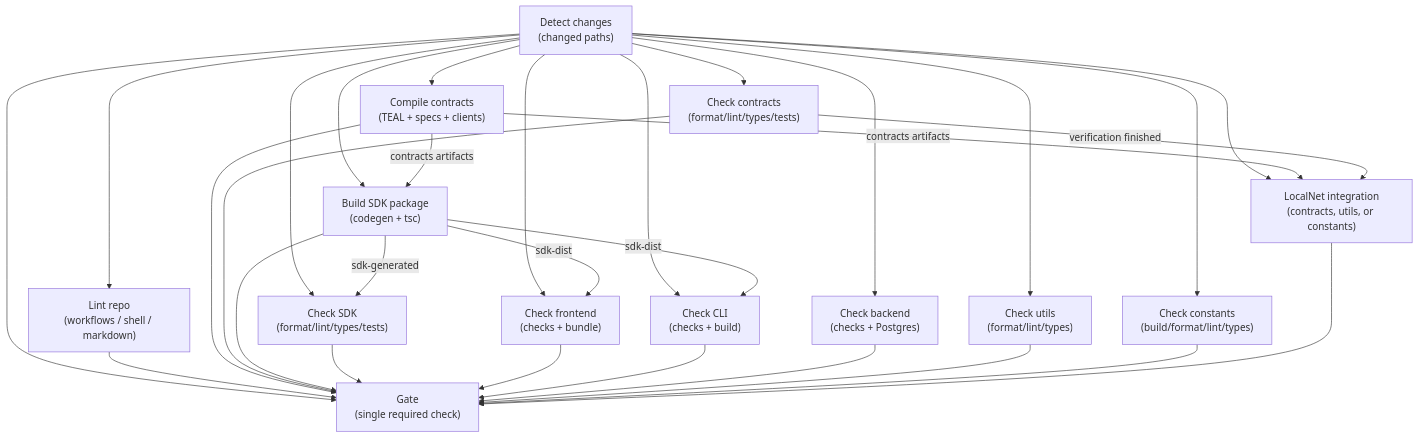
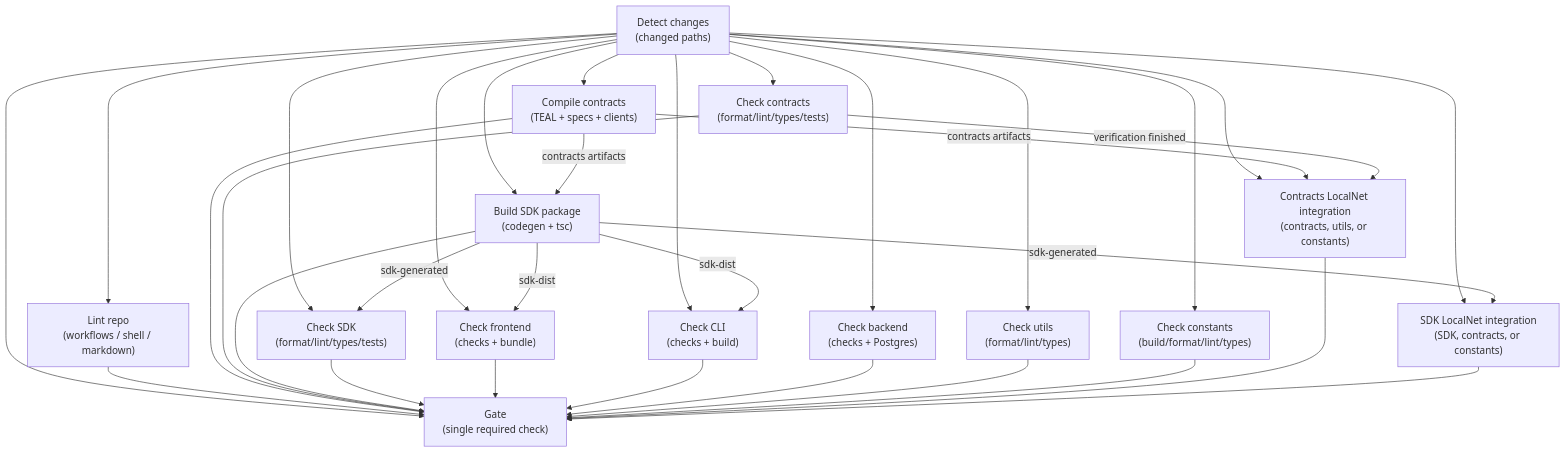
One commit to kasakame/kasakame changed the diagram in docs/ci.md. Above: the diagram before and after it, drawn with Mermaid. The commit also changed other lines of this file and 2 other files, not shown here.

First line of the commit message:
ci: run the SDK LocalNet suite in CI (#306)

````diff
--- a/docs/ci.md
+++ b/docs/ci.md
@@ -97,46 +101,50 @@
 ```mermaid
 flowchart TD
     changes["Detect changes<br/>(changed paths)"]
     repo["Lint repo<br/>(workflows / shell / markdown)"]
     buildc["Compile contracts<br/>(TEAL + specs + clients)"]
     contracts["Check contracts<br/>(format/lint/types/tests)"]
     buildsdk["Build SDK package<br/>(codegen + tsc)"]
     sdk["Check SDK<br/>(format/lint/types/tests)"]
     frontend["Check frontend<br/>(checks + bundle)"]
     cli["Check CLI<br/>(checks + build)"]
     backend["Check backend<br/>(checks + Postgres)"]
     utils["Check utils<br/>(format/lint/types)"]
     constants["Check constants<br/>(build/format/lint/types)"]
-    integration["LocalNet integration<br/>(contracts, utils, or constants)"]
+    integrationcontracts["Contracts LocalNet integration<br/>(contracts, utils, or constants)"]
+    integrationsdk["SDK LocalNet integration<br/>(SDK, contracts, or constants)"]
     gate["Gate<br/>(single required check)"]
 
     changes --> repo
     changes --> buildc
     changes --> contracts
     changes --> buildsdk
     changes --> sdk
     changes --> frontend
     changes --> cli
     changes --> backend
     changes --> utils
     changes --> constants
-    changes --> integration
+    changes --> integrationcontracts
+    changes --> integrationsdk
     changes --> gate
     buildc -->|"contracts artifacts"| buildsdk
-    buildc -->|"contracts artifacts"| integration
-    contracts -->|"verification finished"| integration
+    buildc -->|"contracts artifacts"| integrationcontracts
+    contracts -->|"verification finished"| integrationcontracts
     buildsdk -->|"sdk-generated"| sdk
+    buildsdk -->|"sdk-generated"| integrationsdk
     buildsdk -->|"sdk-dist"| frontend
     buildsdk -->|"sdk-dist"| cli
     repo --> gate
     buildc --> gate
     contracts --> gate
     buildsdk --> gate
     sdk --> gate
     frontend --> gate
     cli --> gate
     backend --> gate
     utils --> gate
     constants --> gate
-    integration --> gate
+    integrationcontracts --> gate
+    integrationsdk --> gate
 ```
````
